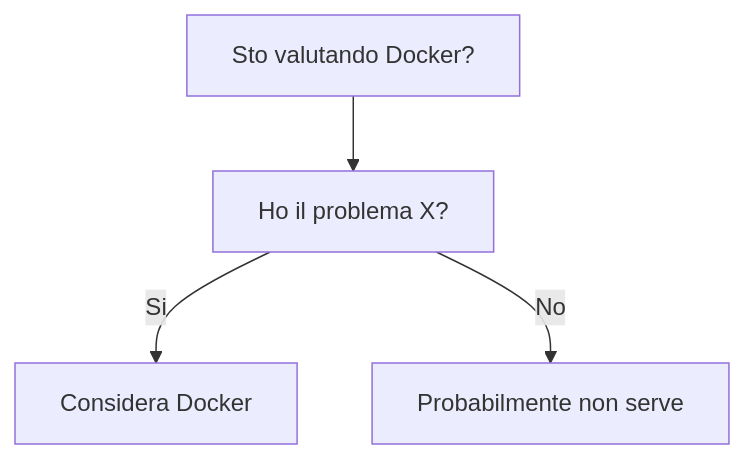
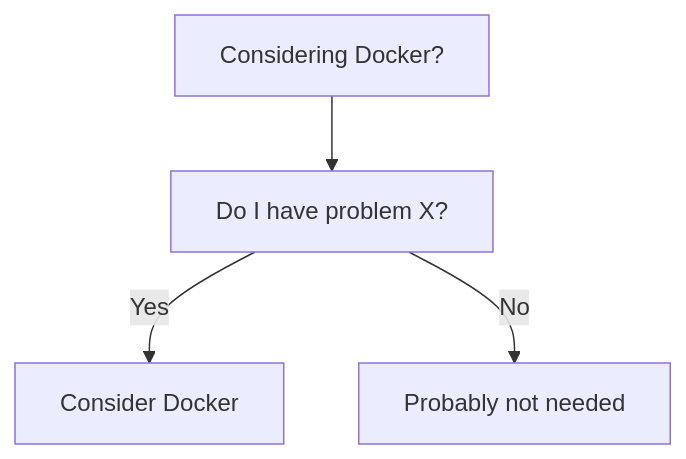
Before and after one commit to HxT9/Software-Dev-Wiki: the diagram in dev-wiki/10_DevOps/Docker/When_To_Use.md, drawn with Mermaid. The commit also changed other lines of this file and 3444 other files, not shown here.

````diff
--- a/dev-wiki/10_DevOps/Docker/When_To_Use.md
+++ b/dev-wiki/10_DevOps/Docker/When_To_Use.md
@@ -19,6 +19,6 @@
 ```mermaid
 flowchart TD
-  Q[Sto valutando Docker?] --> Q1[Ho il problema X?]
-  Q1 -->|Si| OK[Considera Docker]
-  Q1 -->|No| NO[Probabilmente non serve]
+  Q[Considering Docker?] --> Q1[Do I have problem X?]
+  Q1 -->|Yes| OK[Consider Docker]
+  Q1 -->|No| NO[Probably not needed]
 ```
````
